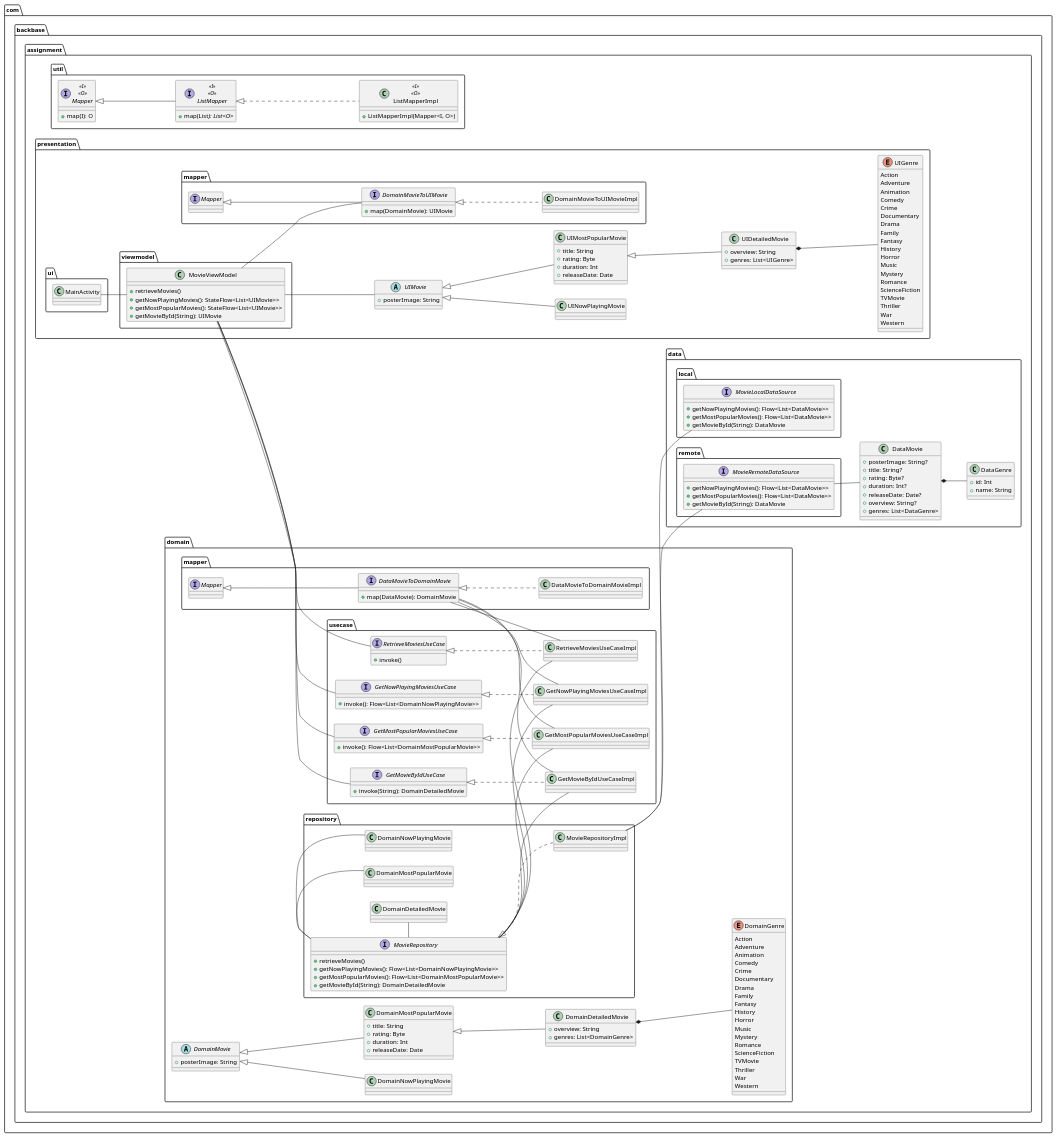
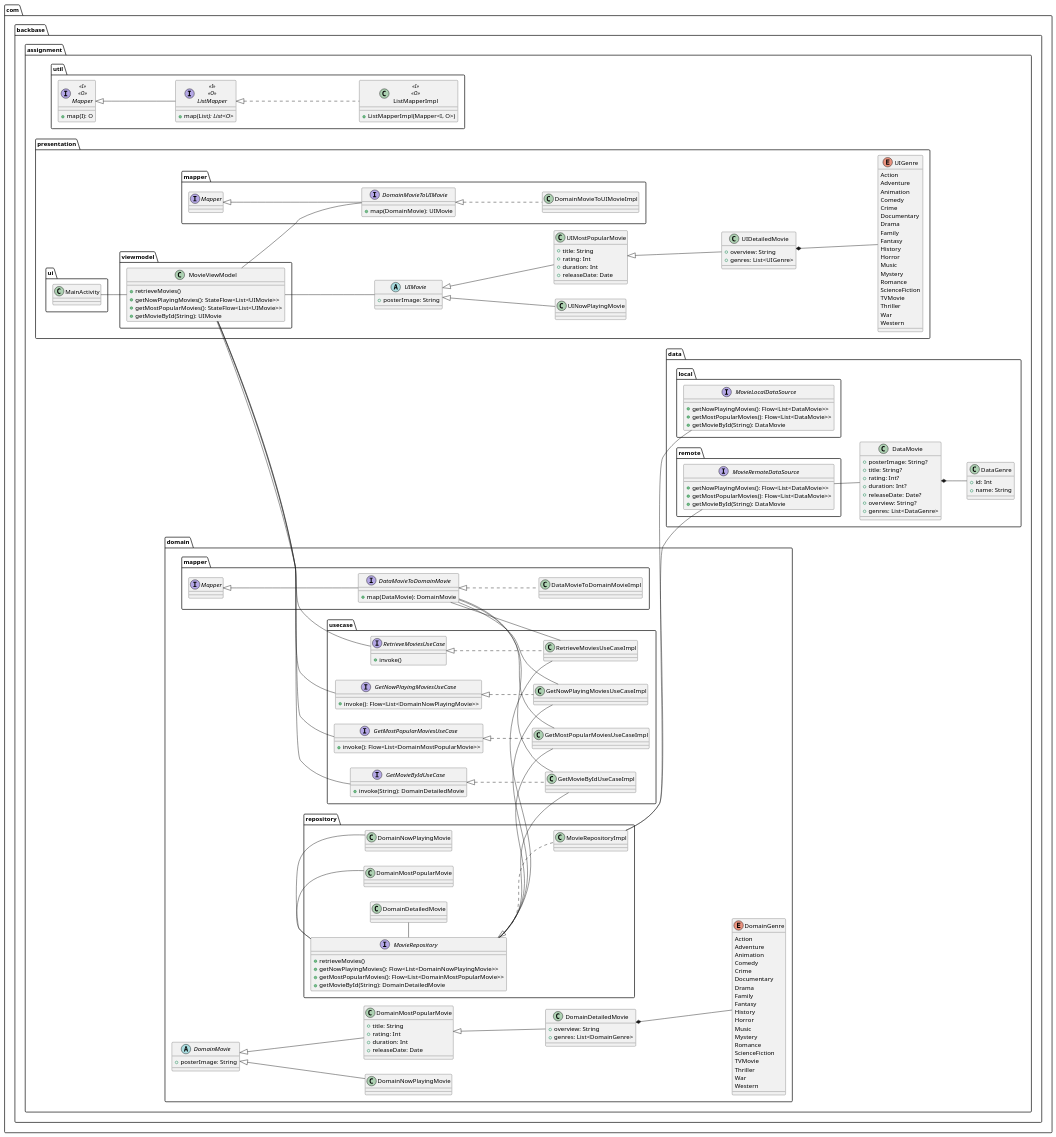
The diagram in android/app/src/main/java/com/backbase/assignment/_app_architecture.puml (jesus-medina/MovieApp), drawn with PlantUML before and after one commit. The commit also changed 2 other files, not shown here.

Commit message:
RatingView with circle, ring and arc first approach

```diff
--- a/android/app/src/main/java/com/backbase/assignment/_app_architecture.puml
+++ b/android/app/src/main/java/com/backbase/assignment/_app_architecture.puml
@@ -53,7 +53,7 @@
 
         class UIMostPopularMovie extends UIMovie {
             + title: String
-            + rating: Byte
+            + rating: Int
             + duration: Int
             + releaseDate: Date
         }
@@ -167,7 +167,7 @@
 
         class DomainMostPopularMovie extends DomainMovie {
             + title: String
-            + rating: Byte
+            + rating: Int
             + duration: Int
             + releaseDate: Date
         }
@@ -228,7 +228,7 @@
         class DataMovie {
             + posterImage: String?
             + title: String?
-            + rating: Byte?
+            + rating: Int?
             + duration: Int?
             + releaseDate: Date?
             + overview: String?
```
